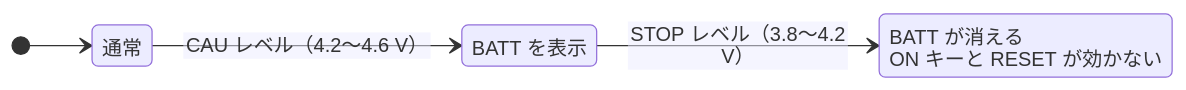
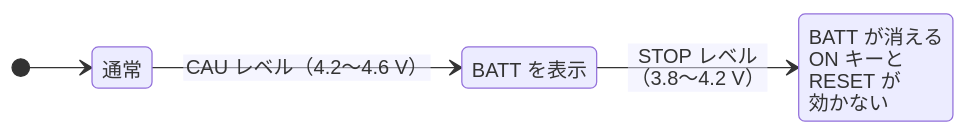
Before and after one commit to litchi-gh/pc-e500_tools: the fifth of 5 diagrams in docs/analysis/10_SYSTEM.md, drawn with Mermaid. The commit also changed 14 other files, not shown here.

First line of the commit message:
Docs: wrap state diagram and timeline labels by hand

````diff
--- a/docs/analysis/10_SYSTEM.md
+++ b/docs/analysis/10_SYSTEM.md
@@ -411,11 +411,11 @@
 ```mermaid
 %%{init: {"htmlLabels": false, "flowchart": {"htmlLabels": false, "wrappingWidth": 1000}}}%%
 stateDiagram-v2
   direction LR
   state "通常" as N
   state "BATT を表示" as C
-  state "BATT が消える<br>ON キーと RESET が効かない" as P
+  state "BATT が消える<br>ON キーと<br>RESET が<br>効かない" as P
   [*] --> N
   N --> C: CAU レベル（4.2〜4.6 V）
-  C --> P: STOP レベル（3.8〜4.2 V）
+  C --> P: STOP レベル<br>（3.8〜4.2 V）
 ```
````
